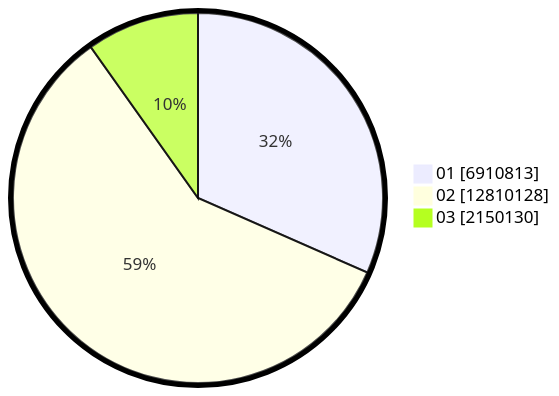
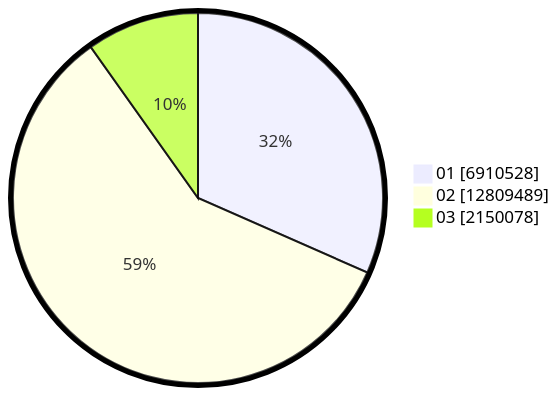
The second of 2 diagrams in pilpres/hitung-suara/sub/table-wilayah-32.md (gigit-pemilu/pemilu-2024), drawn with Mermaid before and after one commit. The commit also changed other lines of this file and 9 other files, not shown here.

````diff
--- a/pilpres/hitung-suara/sub/table-wilayah-32.md
+++ b/pilpres/hitung-suara/sub/table-wilayah-32.md
@@ -15,7 +15,7 @@
 ```mermaid
 %%{init: {"pie": {"textPosition": 0.5}, "themeVariables": {"pieOuterStrokeWidth": "5px"}} }%%
 pie showData
-    "01" : 6910813
-    "02" : 12810128
-    "03" : 2150130
+    "01" : 6910528
+    "02" : 12809489
+    "03" : 2150078
 ```
````
